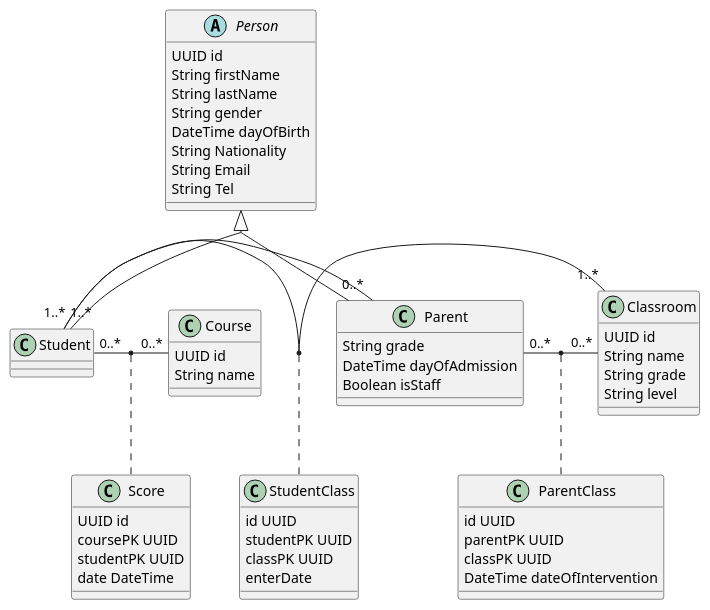
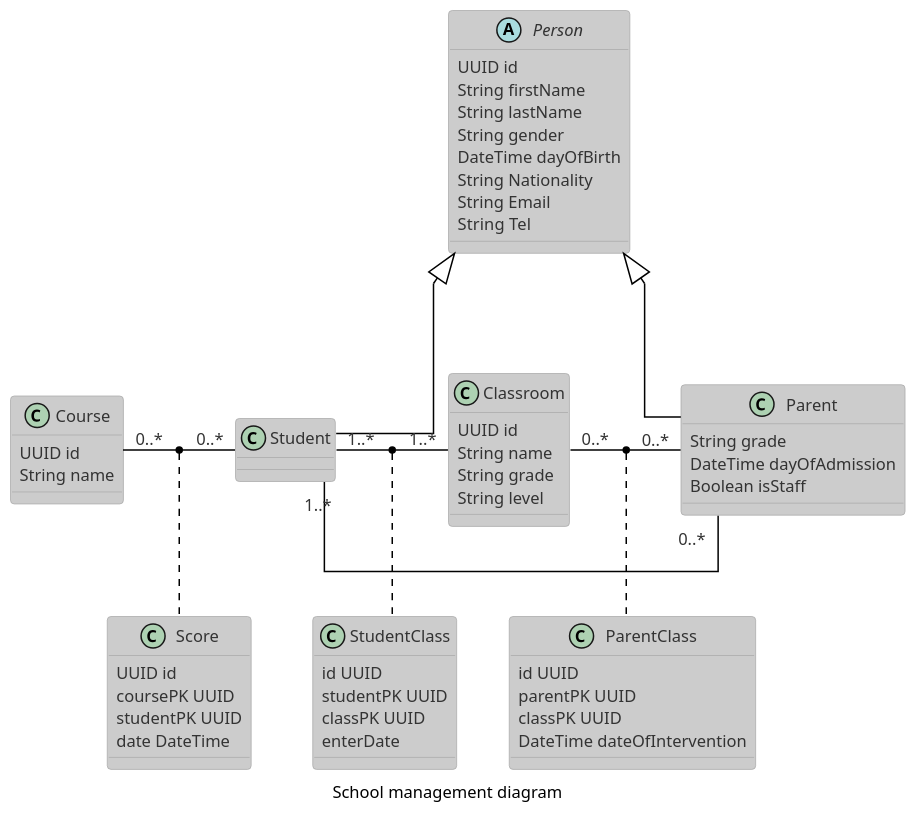
The diagram in docs/diagram.puml (aristidebm/school-manger-backend), drawn with PlantUML before and after one commit.

Commit message:
update diagram

```diff
--- a/docs/diagram.puml
+++ b/docs/diagram.puml
@@ -1,100 +1,114 @@
 @startuml
 'https://plantuml.com/class-diagram
+' This is also a great resource https://plantuml-documentation.readthedocs.io/en/latest/formatting/all-skin-params.html
+
+'Check this link for more configs https://plantuml.com/commons
+scale 1.5
+
+'Check this link for more themes https://plantuml.com/theme
+!theme reddress-lightorange
+' config
+skinparam CaptionFontSize 11
+skinparam linetype polyline
+skinparam linetype ortho
+skinparam groupInheritance 2
+
+caption School management diagram
+
 /'
  Define classes
 '/
 
 class Course {
     UUID id
     String name
 }
 
 class Score {
     UUID id
     coursePK UUID
     studentPK UUID
     date DateTime
 }
 
 abstract class Person {
     UUID id
     String firstName
     String lastName
     String gender
     DateTime dayOfBirth
     String Nationality
     String Email
     String Tel
 }
 
 class Student {
 
 }
 
 class Parent {
     String grade
     DateTime dayOfAdmission
     Boolean isStaff
 }
 
 class Classroom {
     UUID id
     String name
     String grade
     String level
 }
 
 class  ParentClass {
     id UUID
     parentPK UUID
     classPK UUID
     DateTime dateOfIntervention
 }
 
 class StudentClass {
     id UUID
     studentPK UUID
     classPK UUID
      enterDate
 }
 
 /'
 Define notes
 '/
 
 /'note right of Class::grade
 grade is the equivalent
 of `serie` in english
 end note
 
 note right of Parent
 This Method is tend to encapsulate
 either a parent or an instructor
 end note
 
 note right of ParentClass::dateOfIntervention
 dateOfIntervention is the date at which the instructor
 begin instructing the class
 end note
 '/
 
 /'
 Defines Relations
 '/
 
 ' used to merge inheritance arrows header.
-skinparam groupInheritance 2
 Person <|--  Student
 Person <|--  Parent
 
 Student "1..*" - "0..*" Parent
 
 Student "1..*" - "1..*" Classroom
 (Student, Classroom) .. StudentClass
 
-Parent "0..*" - "0..*" Classroom
+Classroom "0..*" -left- "0..*" Parent
 (Parent, Classroom) .. ParentClass
 
-Student "0..*" - "0..*" Course
+Course "0..*" -left- "0..*" Student
 (Student, Course) .. Score
 @enduml
```
